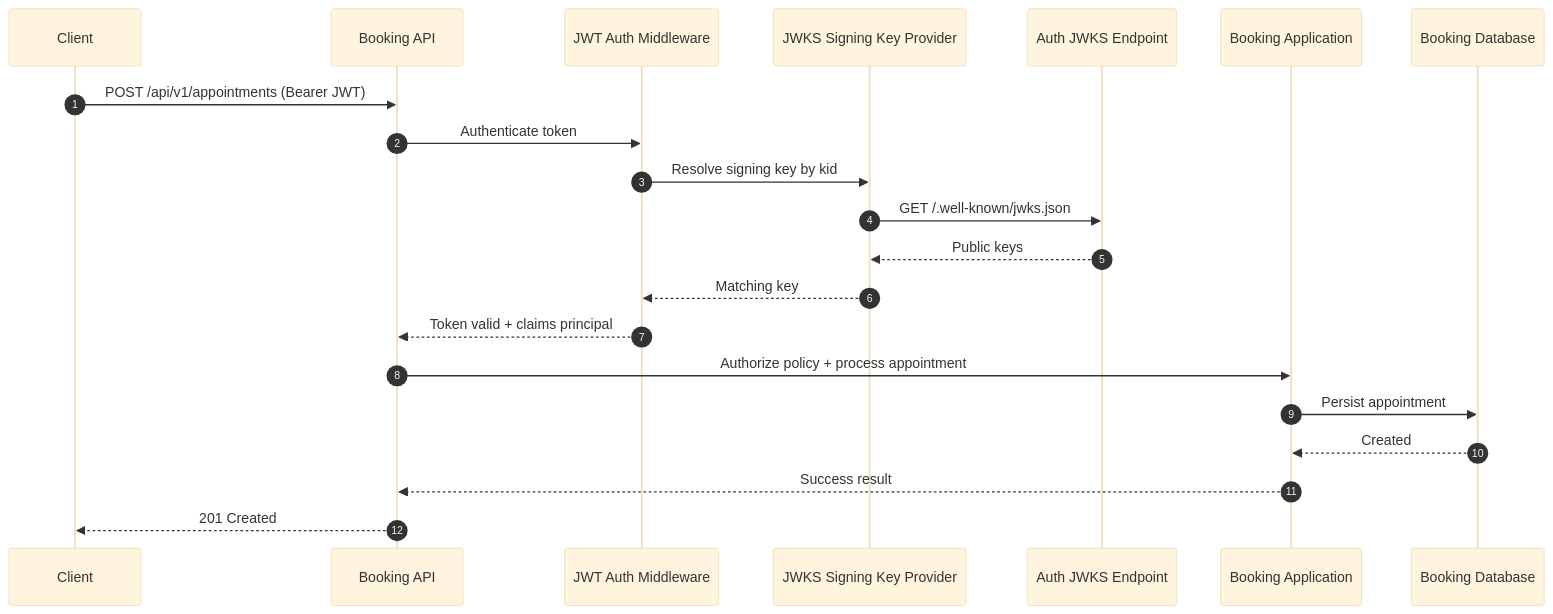
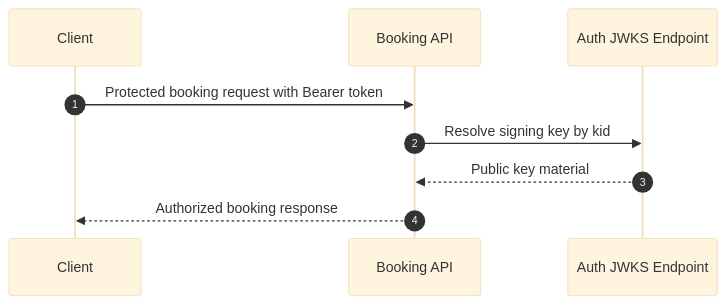
Before and after one commit to haudtech/vehicle-service-booking: the third of 5 diagrams in docs/ARCHITECTURE/AUTH_SEQUENTIAL_FLOW_VIEW.md, drawn with Mermaid (base theme). The commit also changed other lines of this file and 18 other files, not shown here.

````diff
--- a/docs/ARCHITECTURE/AUTH_SEQUENTIAL_FLOW_VIEW.md
+++ b/docs/ARCHITECTURE/AUTH_SEQUENTIAL_FLOW_VIEW.md
@@ -102,24 +70,12 @@
 ```mermaid
 sequenceDiagram
     autonumber
     participant Client
     participant BookingAPI as Booking API
-    participant JwtMiddleware as JWT Auth Middleware
-    participant JwksProvider as JWKS Signing Key Provider
     participant AuthJWKS as Auth JWKS Endpoint
-    participant BookingApp as Booking Application
-    participant BookingDB as Booking Database
 
-    Client->>BookingAPI: POST /api/v1/appointments (Bearer JWT)
-    BookingAPI->>JwtMiddleware: Authenticate token
-    JwtMiddleware->>JwksProvider: Resolve signing key by kid
-    JwksProvider->>AuthJWKS: GET /.well-known/jwks.json
-    AuthJWKS-->>JwksProvider: Public keys
-    JwksProvider-->>JwtMiddleware: Matching key
-    JwtMiddleware-->>BookingAPI: Token valid + claims principal
-    BookingAPI->>BookingApp: Authorize policy + process appointment
-    BookingApp->>BookingDB: Persist appointment
-    BookingDB-->>BookingApp: Created
-    BookingApp-->>BookingAPI: Success result
-    BookingAPI-->>Client: 201 Created
+    Client->>BookingAPI: Protected booking request with Bearer token
+    BookingAPI->>AuthJWKS: Resolve signing key by kid
+    AuthJWKS-->>BookingAPI: Public key material
+    BookingAPI-->>Client: Authorized booking response
 ```
````
